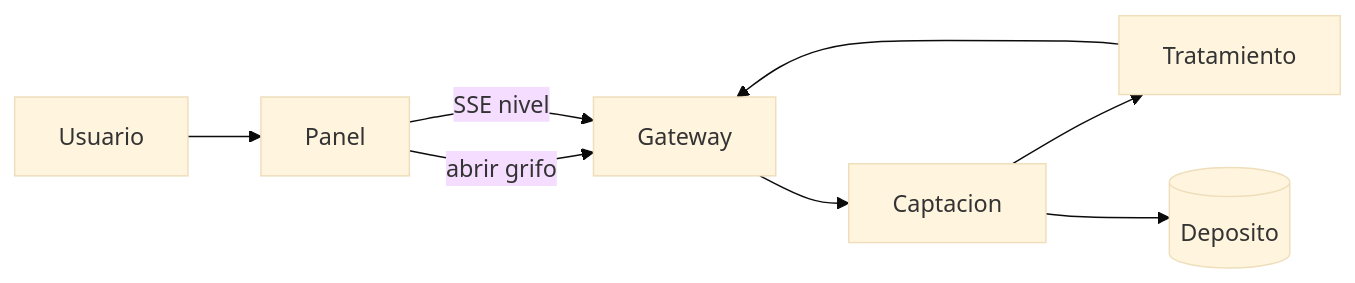
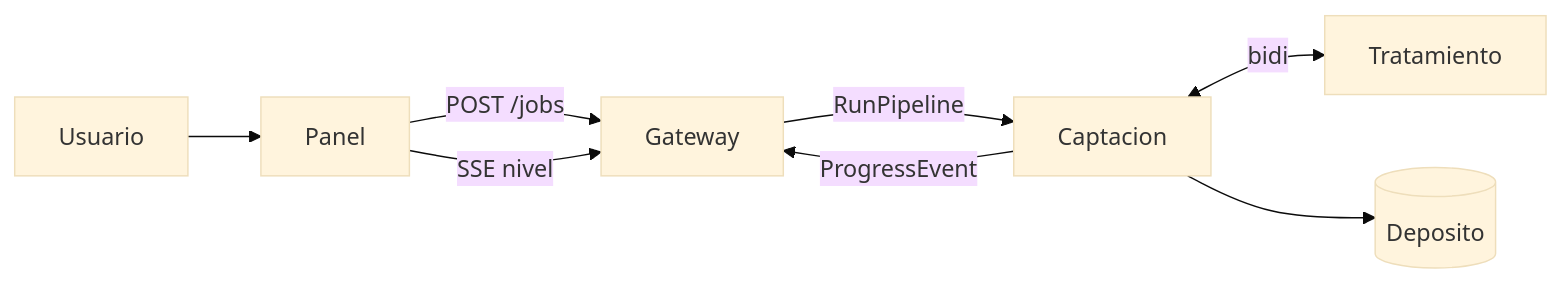
Before and after one commit to cccg8105/cccg_grpc_demo: the fifth of 7 diagrams in presentation/grpc-intro.qmd, drawn with Mermaid (base theme). The commit also changed other lines of this file and 46 other files, not shown here.

````diff
--- a/presentation/grpc-intro.qmd
+++ b/presentation/grpc-intro.qmd
@@ -219,10 +219,10 @@
 ```{mermaid}
 flowchart LR
   User[Usuario] --> Panel[Panel]
-  Panel -->|"abrir grifo"| GW[Gateway]
+  Panel -->|"POST /jobs"| GW[Gateway]
   Panel -->|"SSE nivel"| GW
-  GW --> ING[Captacion]
-  ING --> TRF[Tratamiento]
+  GW -->|"RunPipeline"| ING[Captacion]
+  ING <-->|"bidi"| TRF[Tratamiento]
   ING --> CSV[(Deposito)]
-  TRF --> GW
+  ING -->|"ProgressEvent"| GW
 ```
````
